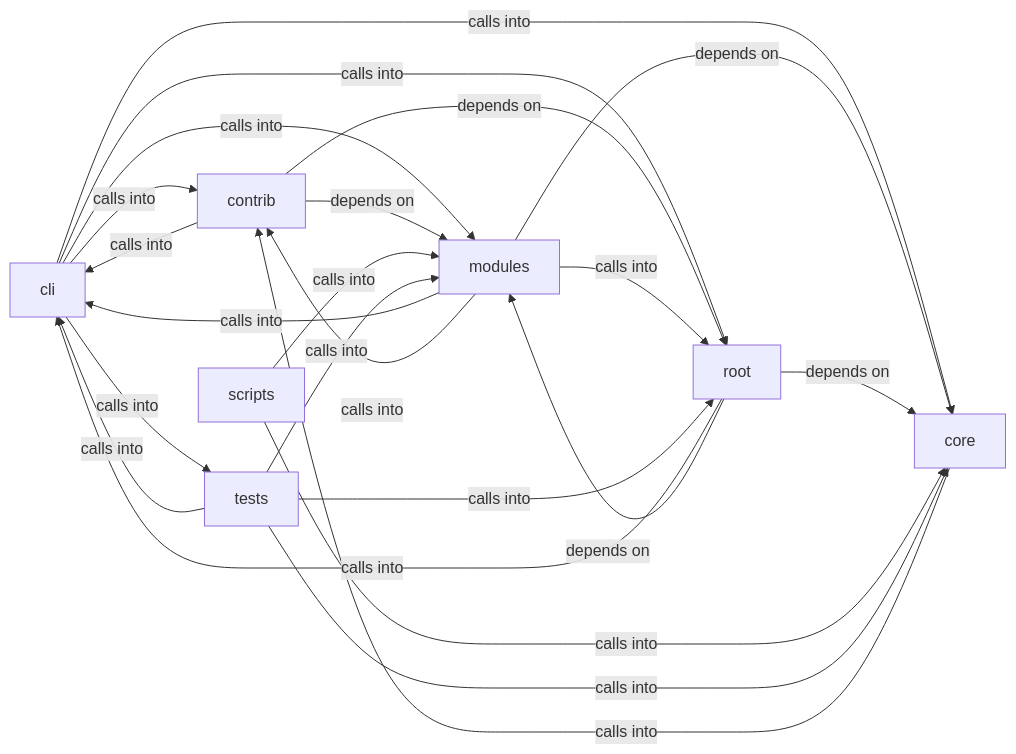
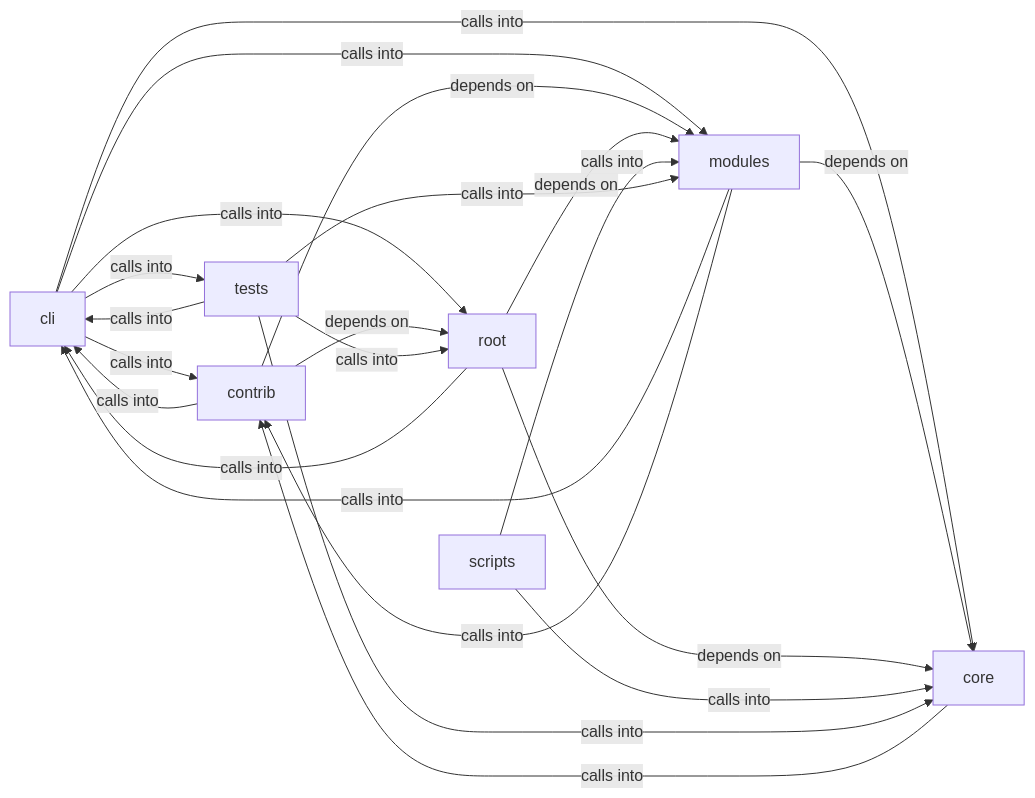
The diagram in readmenator-diagrams/cli_commands.md (grisuno/LazyOwn), drawn with Mermaid before and after one commit. The commit also changed other lines of this file and 276 other files, not shown here.

````diff
--- a/readmenator-diagrams/cli_commands.md
+++ b/readmenator-diagrams/cli_commands.md
@@ -5,32 +5,31 @@
 ```mermaid
 graph LR
     cli["cli"]
     contrib["contrib"]
     core["core"]
     modules["modules"]
     root["root"]
     scripts["scripts"]
     tests["tests"]
     cli -- "calls into" --> contrib
     cli -- "calls into" --> core
     cli -- "calls into" --> modules
     cli -- "calls into" --> root
     cli -- "calls into" --> tests
     contrib -- "calls into" --> cli
     contrib -- "depends on" --> modules
     contrib -- "depends on" --> root
     core -- "calls into" --> contrib
     modules -- "calls into" --> cli
     modules -- "calls into" --> contrib
     modules -- "depends on" --> core
-    modules -- "calls into" --> root
     root -- "calls into" --> cli
     root -- "depends on" --> core
     root -- "depends on" --> modules
     scripts -- "calls into" --> core
     scripts -- "calls into" --> modules
     tests -- "calls into" --> cli
     tests -- "calls into" --> core
     tests -- "calls into" --> modules
     tests -- "calls into" --> root
 ```
````
